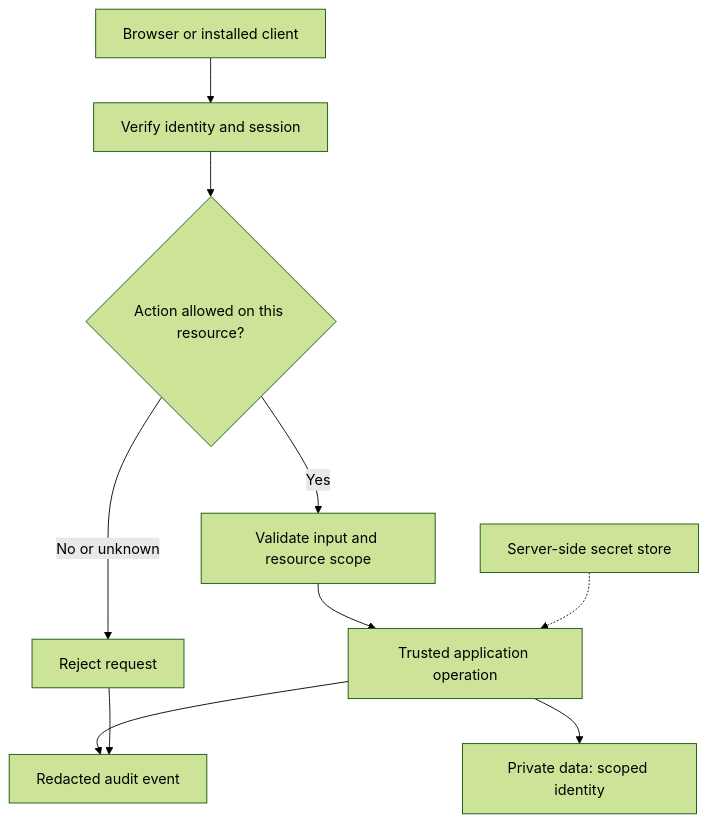
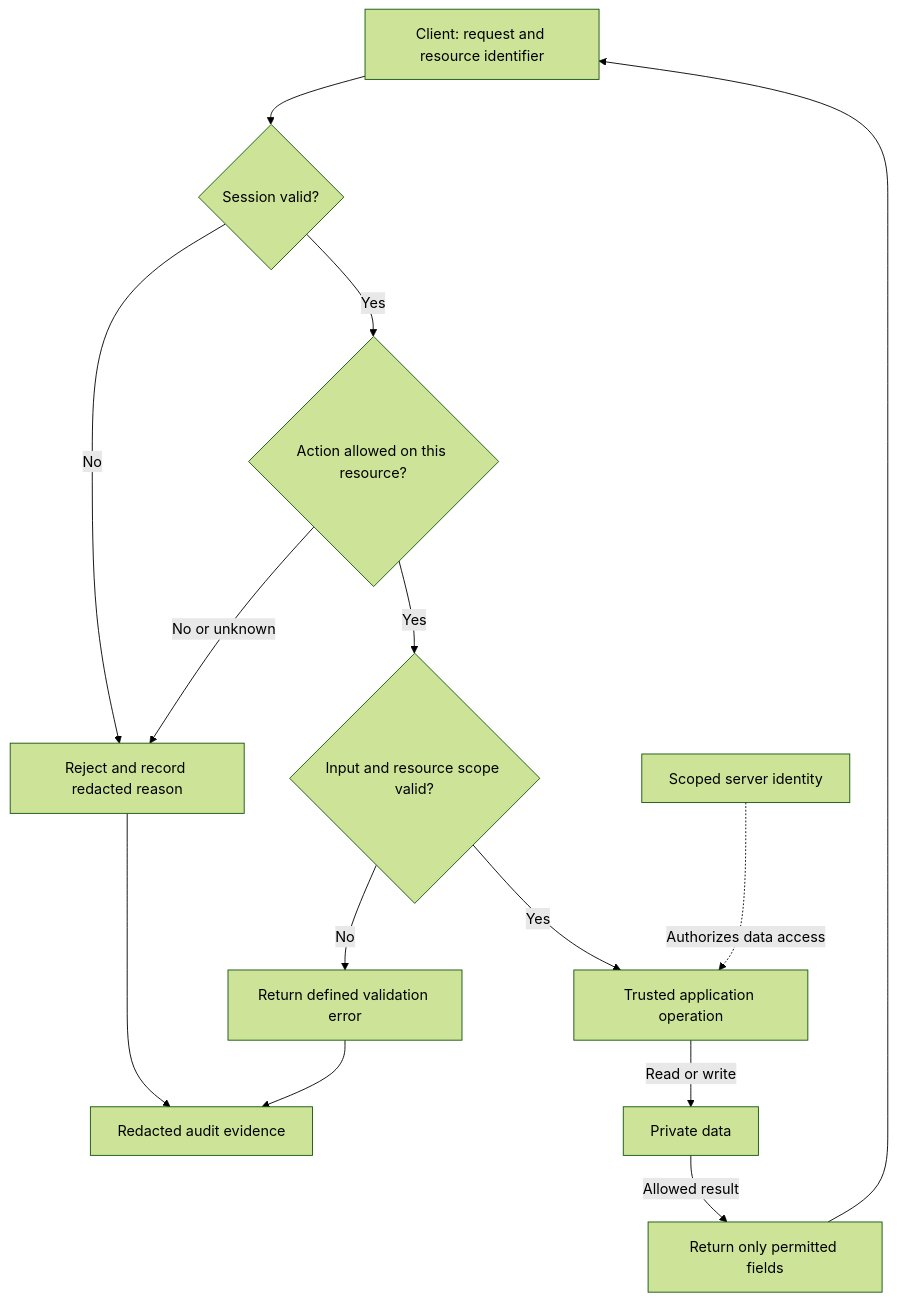
Before and after one commit to Soku-JINSEOK/Soku-Convention-Boilerplate: the diagram in docs/policy/SECURITY_POLICY.md, drawn with Mermaid (forest theme). The commit also changed other lines of this file and 118 other files, not shown here.

First line of the commit message:
📚 docs(readability): explain every document and expand flow diagrams

````diff
--- a/docs/policy/SECURITY_POLICY.md
+++ b/docs/policy/SECURITY_POLICY.md
@@ -9,12 +13,16 @@
 ```mermaid
 flowchart TD
-  client["Browser or installed client"] --> identity["Verify identity and session"]
-  identity --> permission{"Action allowed on this resource?"}
-  permission -->|"No or unknown"| denied["Reject request"]
-  permission -->|"Yes"| validation["Validate input and resource scope"]
-  validation --> service["Trusted application operation"]
-  service --> data["Private data: scoped identity"]
-  secrets["Server-side secret store"] -.-> service
-  service --> audit["Redacted audit event"]
-  denied --> audit
+  client["Client: request and resource identifier"] --> identity{"Session valid?"}
+  identity -->|"No"| deny["Reject and record redacted reason"]
+  identity -->|"Yes"| access{"Action allowed on this resource?"}
+  access -->|"No or unknown"| deny
+  access -->|"Yes"| input{"Input and resource scope valid?"}
+  input -->|"No"| invalid["Return defined validation error"]
+  input -->|"Yes"| operation["Trusted application operation"]
+  secret["Scoped server identity"] -.->|"Authorizes data access"| operation
+  operation -->|"Read or write"| data["Private data"]
+  data -->|"Allowed result"| output["Return only permitted fields"]
+  output --> client
+  deny --> audit["Redacted audit evidence"]
+  invalid --> audit
 ```
````
